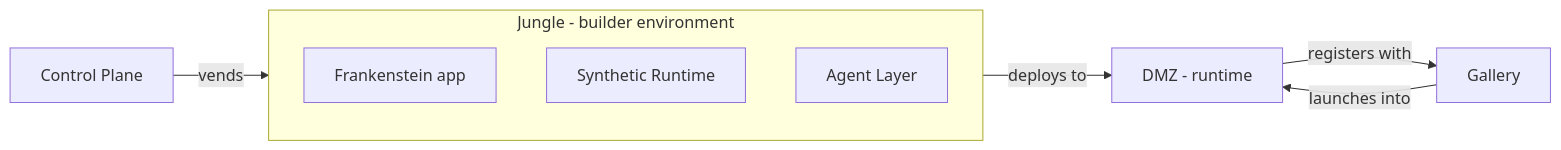
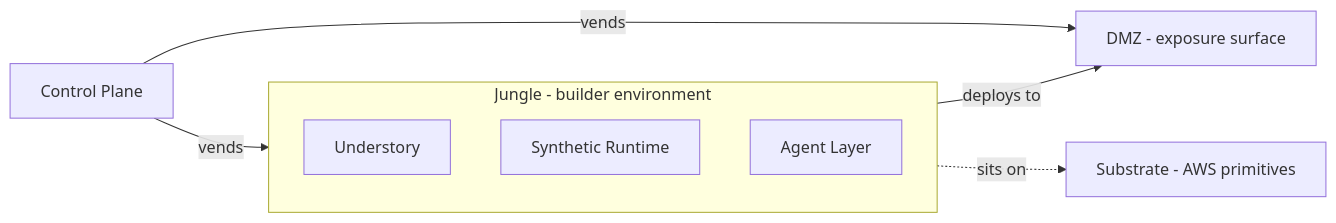
The diagram in docs/architecture/system-context.md (Flying-Pig-Labs/jungl3), drawn with Mermaid before and after one commit. The commit also changed other lines of this file and 12 other files, not shown here.

````diff
--- a/docs/architecture/system-context.md
+++ b/docs/architecture/system-context.md
@@ -9,18 +9,18 @@
 ```mermaid
 flowchart LR
   CP[Control Plane]
 
   subgraph J[Jungle - builder environment]
-    APP[Frankenstein app]
+    APP[Understory]
     SR[Synthetic Runtime]
     AG[Agent Layer]
   end
 
-  DMZ[DMZ - runtime]
-  GAL[Gallery]
+  SUB[Substrate - AWS primitives]
+  DMZ[DMZ - exposure surface]
 
   CP -->|vends| J
+  CP -->|vends| DMZ
+  J -.->|sits on| SUB
   J -->|deploys to| DMZ
-  DMZ -->|registers with| GAL
-  GAL -->|launches into| DMZ
 ```
````
